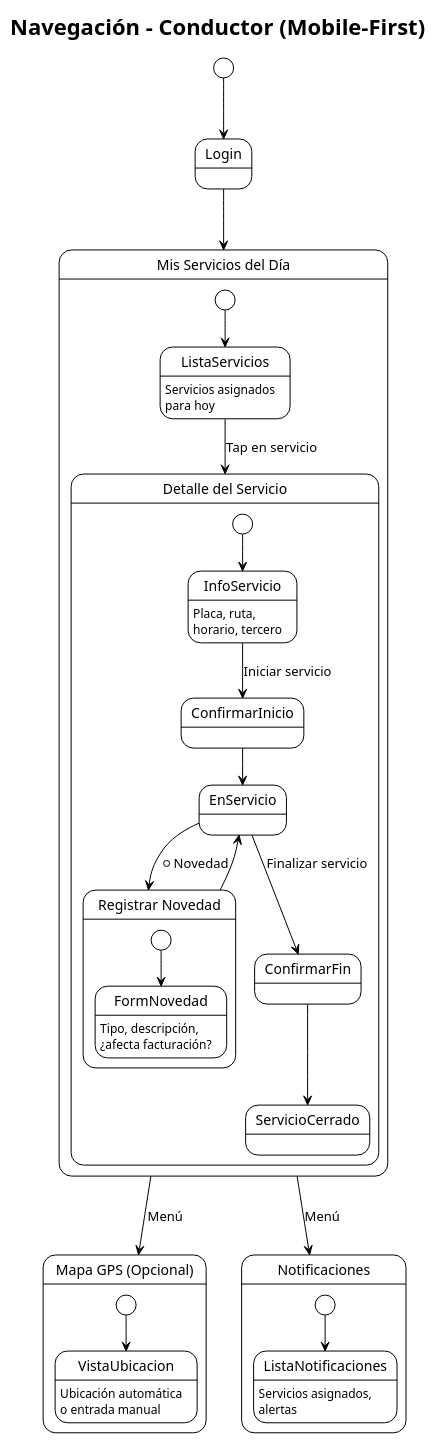
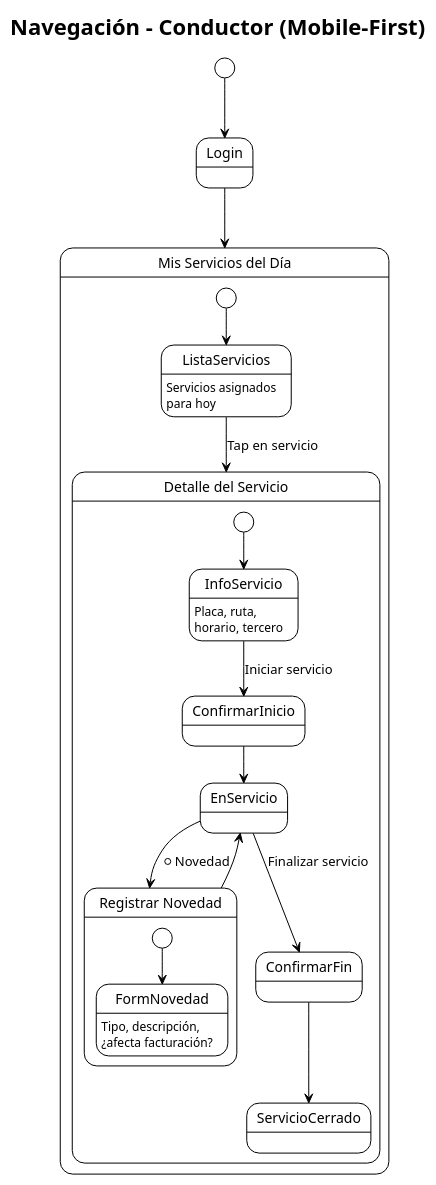
Before and after one commit to cristian-home/sgte-app: the fourth of 8 diagrams in docs/navigation.md, drawn with PlantUML. The commit also changed other lines of this file, not shown here.

Commit message:
docs(navigation): 📖 trim phantom sidebar entries (Reportes, Notificaciones, Mapa GPS) and reflect Contabilidad read-only access

````diff
--- a/docs/navigation.md
+++ b/docs/navigation.md
@@ -249,45 +244,32 @@
 ```plantuml
 @startuml
 !theme plain
 title Navegación - Conductor (Mobile-First)
 
 [*] --> Login
 Login --> MisServicios
 
 state "Mis Servicios del Día" as MisServicios {
   [*] --> ListaServicios
   ListaServicios : Servicios asignados\npara hoy
   ListaServicios --> DetalleServicio : Tap en servicio
 }
 
 state "Detalle del Servicio" as DetalleServicio {
   [*] --> InfoServicio
   InfoServicio : Placa, ruta,\nhorario, tercero
   InfoServicio --> ConfirmarInicio : Iniciar servicio
   ConfirmarInicio --> EnServicio
   EnServicio --> RegistrarNovedad : + Novedad
   RegistrarNovedad --> EnServicio
   EnServicio --> ConfirmarFin : Finalizar servicio
   ConfirmarFin --> ServicioCerrado
 }
 
 state "Registrar Novedad" as RegistrarNovedad {
   [*] --> FormNovedad
   FormNovedad : Tipo, descripción,\n¿afecta facturación?
 }
 
-state "Mapa GPS (Opcional)" as MapaGPS {
-  [*] --> VistaUbicacion
-  VistaUbicacion : Ubicación automática\no entrada manual
-}
-
-state "Notificaciones" as Notificaciones {
-  [*] --> ListaNotificaciones
-  ListaNotificaciones : Servicios asignados,\nalertas
-}
-
-MisServicios --> MapaGPS : Menú
-MisServicios --> Notificaciones : Menú
-
 @enduml
 ```
````
